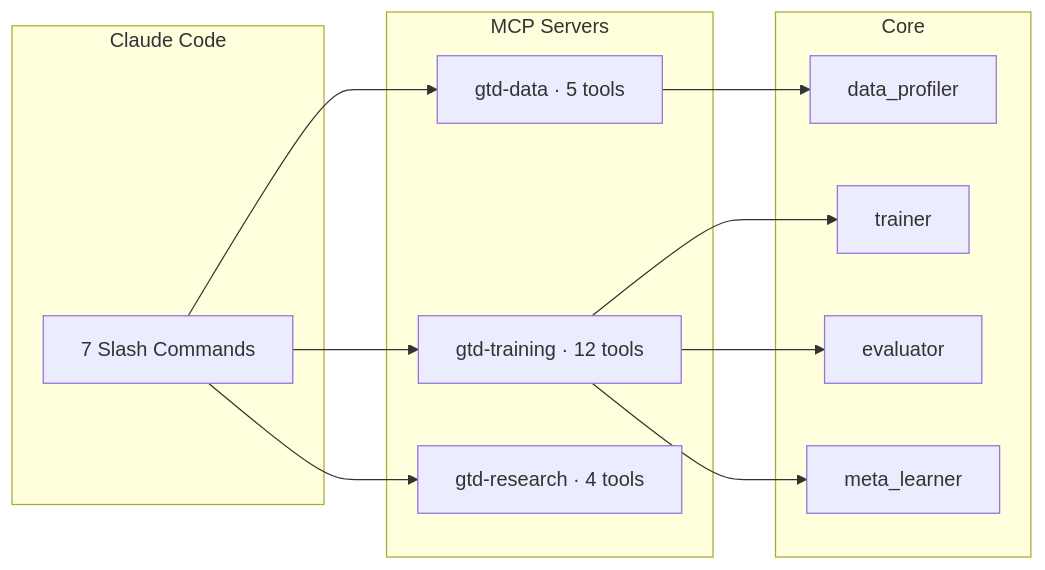
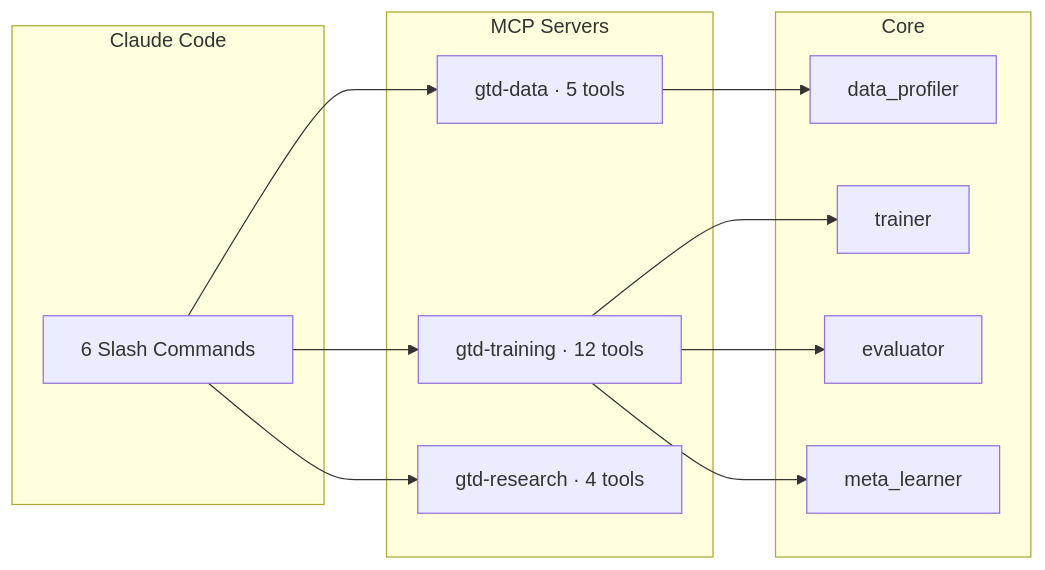
One commit to YuvalShalev/get-training-done changed the second of 2 diagrams in README.md. Above: the diagram before and after it, drawn with Mermaid. The commit also changed other lines of this file and 5 other files, not shown here.

````diff
--- a/README.md
+++ b/README.md
@@ -60,17 +59,17 @@
 ```mermaid
 graph LR
     subgraph "Claude Code"
-        CMD["7 Slash Commands"]
+        CMD["6 Slash Commands"]
     end
     subgraph "MCP Servers"
         DS["gtd-data · 5 tools"]
         TS["gtd-training · 12 tools"]
         RS["gtd-research · 4 tools"]
     end
     subgraph "Core"
         DP[data_profiler] & TR[trainer] & EV[evaluator] & ML[meta_learner]
     end
     CMD --> DS & TS & RS
     DS --> DP
     TS --> TR & EV & ML
 ```
````
